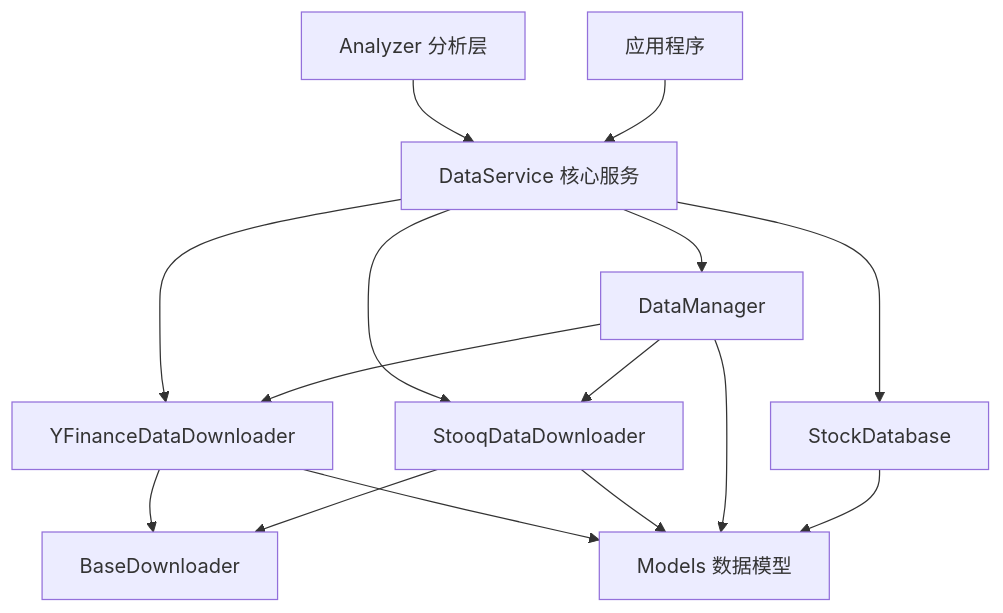
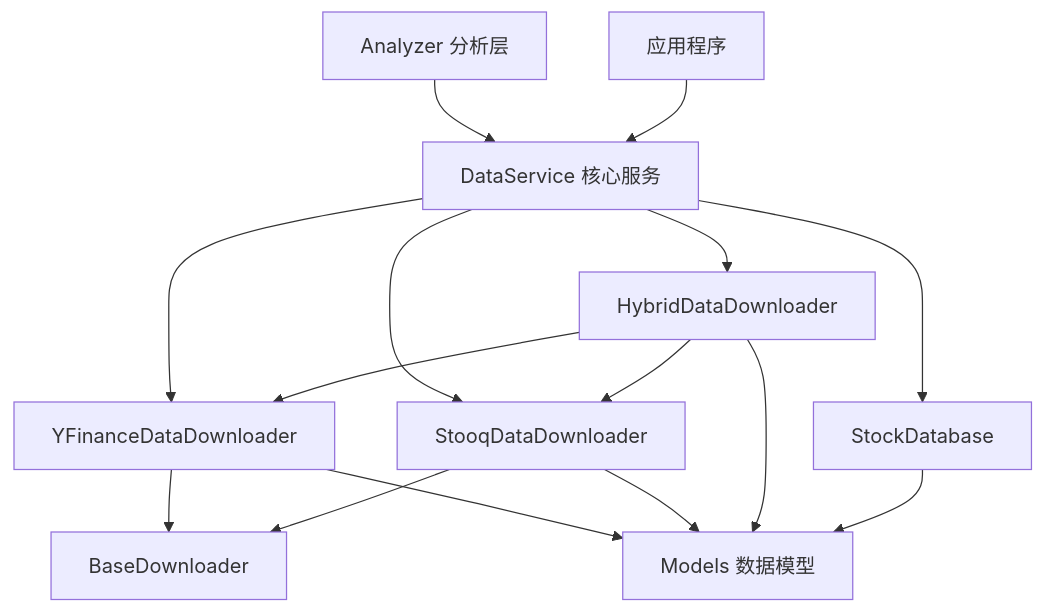
Before and after one commit to llshan/stock: the diagram in data_service/README.md, drawn with Mermaid. The commit also changed other lines of this file and 93 other files, not shown here.

````diff
--- a/data_service/README.md
+++ b/data_service/README.md
@@ -137,20 +137,20 @@
 ```mermaid
 graph TD
     A[DataService 核心服务] --> B[YFinanceDataDownloader]
     A --> C[StooqDataDownloader] 
-    A --> D[DataManager]
+    A --> D[HybridDataDownloader]
     A --> E[StockDatabase]
     
     B --> F[BaseDownloader]
     C --> F
     D --> B
     D --> C
     
     B --> G[Models 数据模型]
     C --> G
     D --> G
     E --> G
     
     H[Analyzer 分析层] --> A
     I[应用程序] --> A
 ```
````
